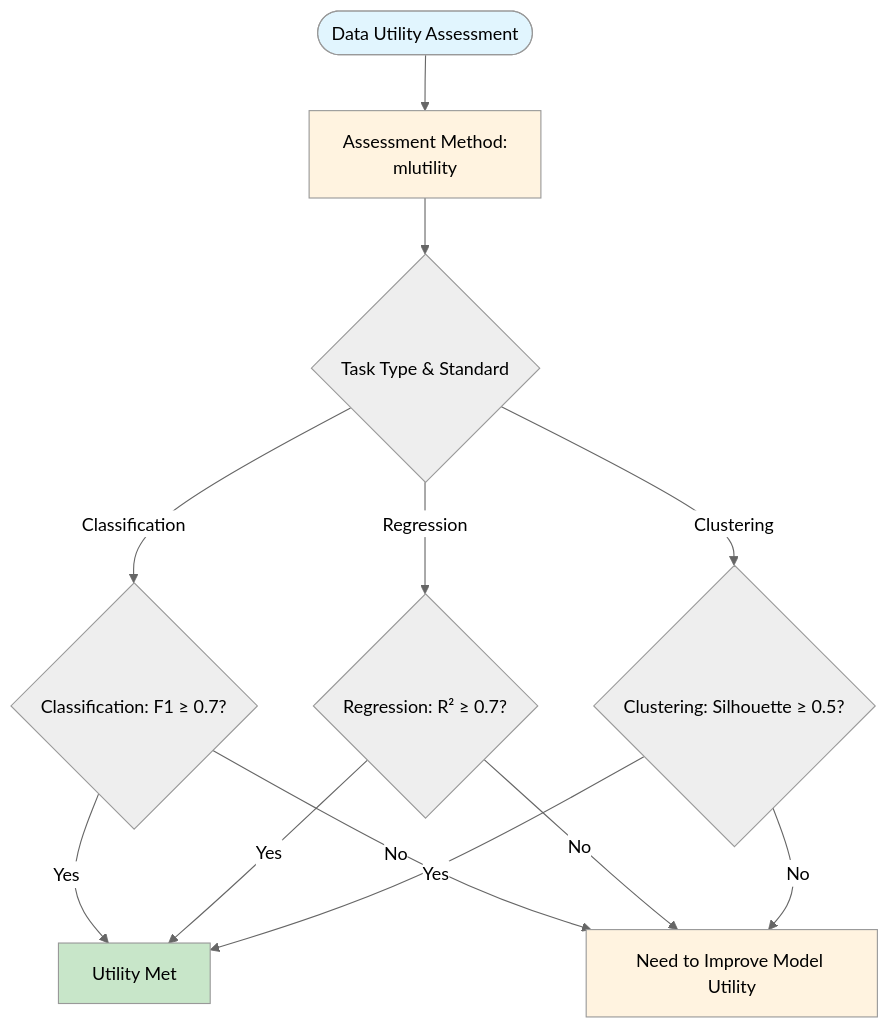
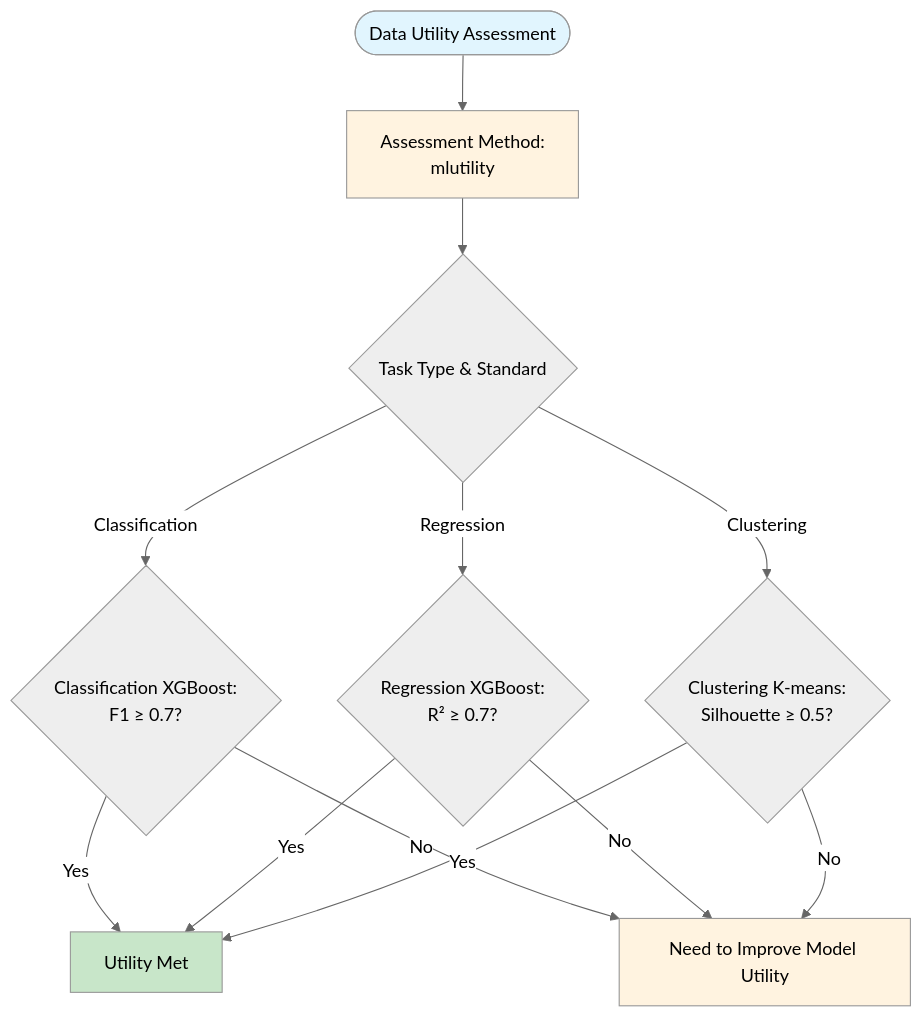
Before and after one commit to nics-dp/petsard: the diagram in doc_site/content/docs/petsard-yaml/evaluator-yaml/evaluator-workflow-utility.en.mmd, drawn with Mermaid (neutral theme). The commit also changed 3 other files, not shown here.

Commit message:
docs(evaluator): split workflow into modular diagrams

```diff
--- a/doc_site/content/docs/petsard-yaml/evaluator-yaml/evaluator-workflow-utility.en.mmd
+++ b/doc_site/content/docs/petsard-yaml/evaluator-yaml/evaluator-workflow-utility.en.mmd
@@ -1,26 +1,26 @@
 flowchart TD
     Start([Data Utility Assessment])
     Method[Assessment Method:<br/>mlutility]
     TaskType{Task Type & Standard}
-    Classification{Classification: F1 ≥ 0.7?}
-    Regression{Regression: R² ≥ 0.7?}
-    Clustering{Clustering: Silhouette ≥ 0.5?}
+    Classification{Classification XGBoost:<br/>F1 ≥ 0.7?}
+    Regression{Regression XGBoost:<br/>R² ≥ 0.7?}
+    Clustering{Clustering K-means:<br/>Silhouette ≥ 0.5?}
     Pass[Utility Met]
     Fail[Need to Improve Model Utility]
 
     Start --> Method
     Method --> TaskType
     TaskType -->|Classification| Classification
     TaskType -->|Regression| Regression
     TaskType -->|Clustering| Clustering
     Classification -->|Yes| Pass
     Classification -->|No| Fail
     Regression -->|Yes| Pass
     Regression -->|No| Fail
     Clustering -->|Yes| Pass
     Clustering -->|No| Fail
 
     style Start fill:#e1f5fe
     style Pass fill:#c8e6c9
     style Fail fill:#fff3e0
     style Method fill:#fff3e0
```
